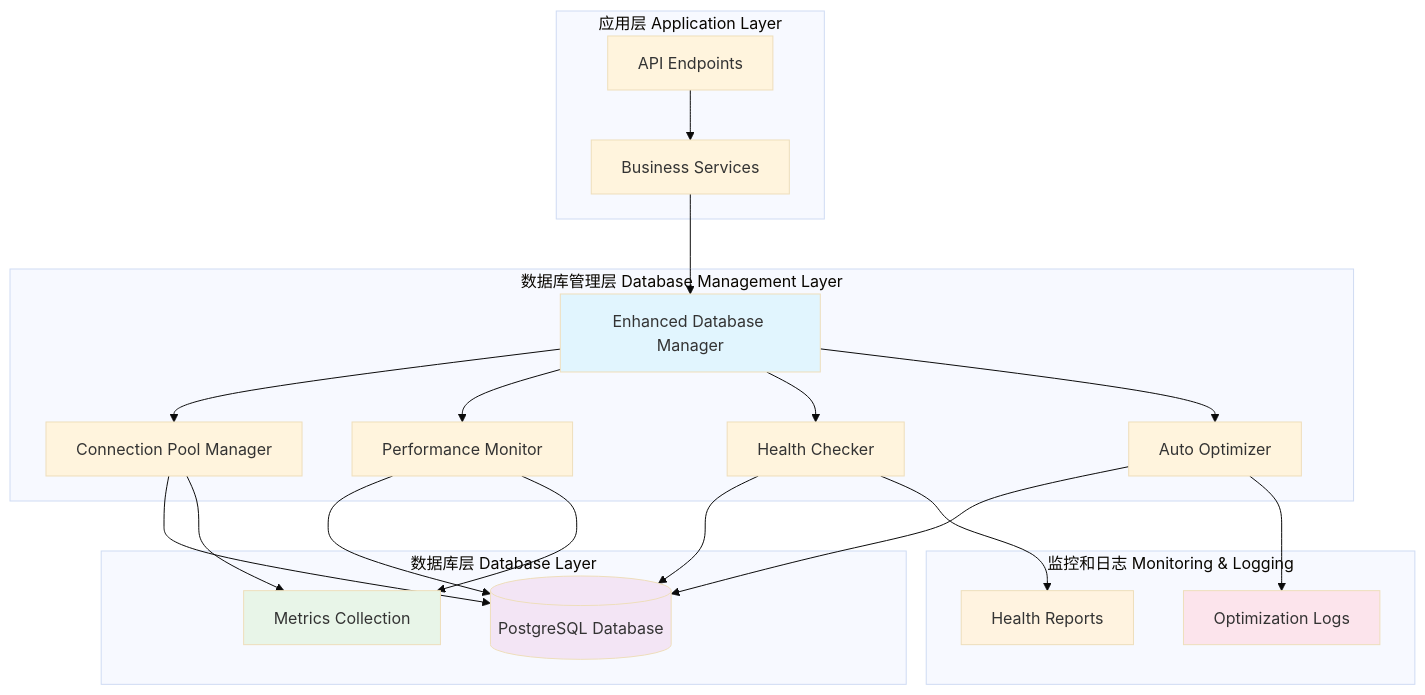
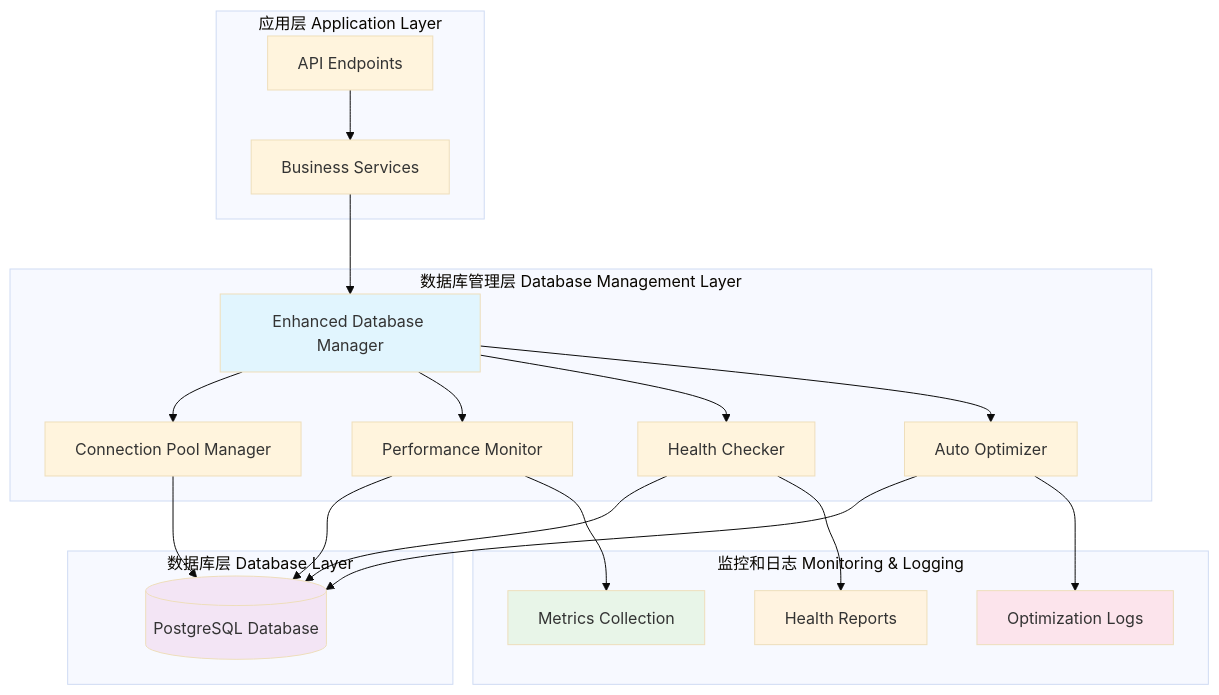
The diagram in backend/docs/enhanced_database_guide.md (yqy2026/zcgl), drawn with Mermaid (base theme) before and after one commit. The commit also changed other lines of this file and 74 other files, not shown here.

````diff
--- a/backend/docs/enhanced_database_guide.md
+++ b/backend/docs/enhanced_database_guide.md
@@ -35,34 +35,34 @@
 ```mermaid
 graph TB
     subgraph "应用层 Application Layer"
         A[API Endpoints] --> B[Business Services]
     end
 
     subgraph "数据库管理层 Database Management Layer"
         B --> C[Enhanced Database Manager]
         C --> D[Connection Pool Manager]
         C --> E[Performance Monitor]
         C --> F[Health Checker]
         C --> G[Auto Optimizer]
     end
 
     subgraph "数据库层 Database Layer"
         D --> H[(PostgreSQL Database)]
         E --> H
         F --> H
         G --> H
-        D --> I[(SQLite Fallback)]
+        
     end
 
     subgraph "监控和日志 Monitoring & Logging"
-        E --> I[Metrics Collection]
+        E --> M[Metrics Collection]
         F --> J[Health Reports]
         G --> K[Optimization Logs]
     end
 
     style C fill:#e1f5fe
     style H fill:#f3e5f5
-    style I fill:#e8f5e8
+    style M fill:#e8f5e8
     style J fill:#fff3e0
     style K fill:#fce4ec
 ```
````
